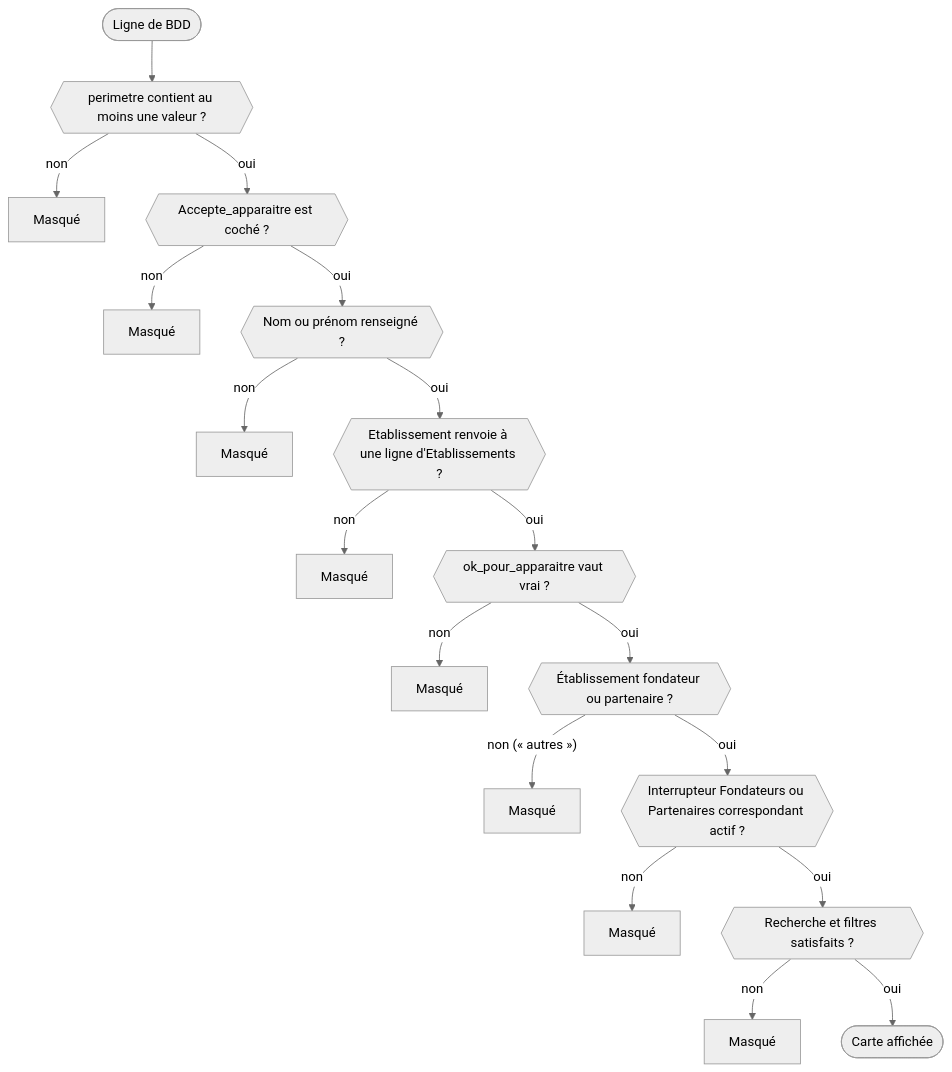
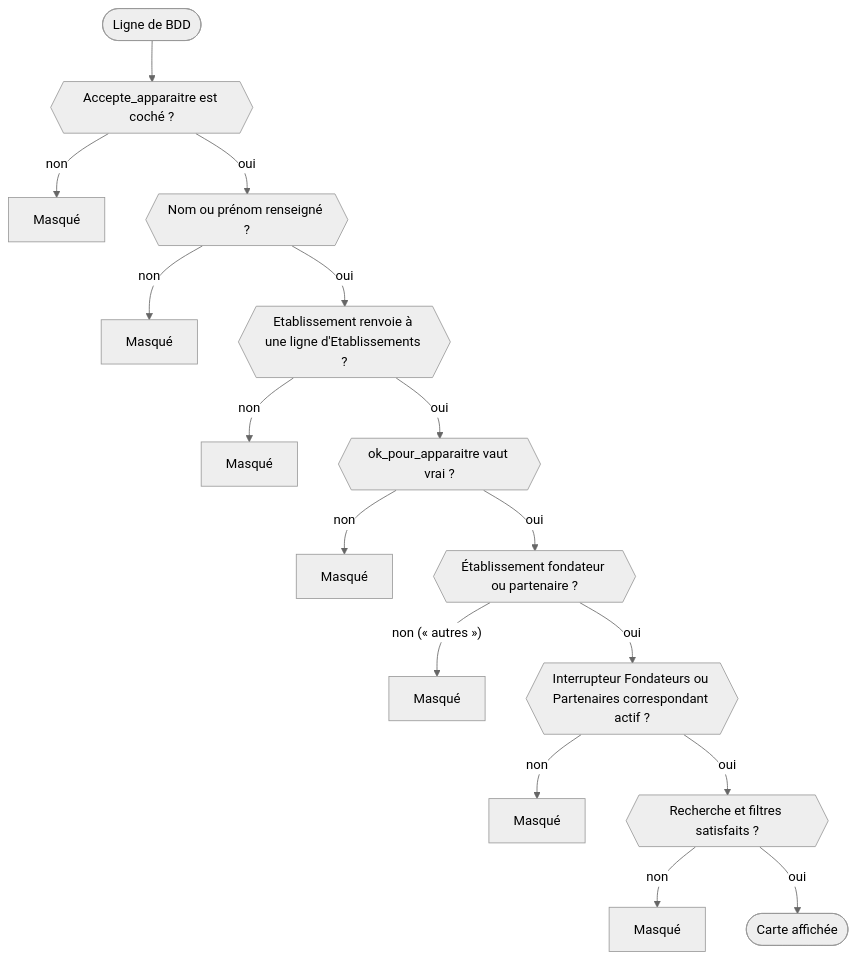
One commit to lombre33/Annuaire_PUI_Bordeaux changed the fourth of 7 diagrams in docs/developpeurs.md. Above: the diagram before and after it, drawn with Mermaid (neutral theme). The commit also changed other lines of this file and 27 other files, not shown here.

````diff
--- a/docs/developpeurs.md
+++ b/docs/developpeurs.md
@@ -314,20 +314,18 @@
 ```mermaid
 flowchart TD
-    A(["Ligne de BDD"]) --> B{{"perimetre contient au moins une valeur ?"}}
-    B -- non --> X1["Masqué"]
-    B -- oui --> P{{"Accepte_apparaitre est coché ?"}}
+    A(["Ligne de BDD"]) --> P{{"Accepte_apparaitre est coché ?"}}
     P -- non --> X2["Masqué"]
     P -- oui --> C{{"Nom ou prénom renseigné ?"}}
     C -- non --> X3["Masqué"]
     C -- oui --> D{{"Etablissement renvoie à une ligne d'Etablissements ?"}}
     D -- non --> X4["Masqué"]
     D -- oui --> E{{"ok_pour_apparaitre vaut vrai ?"}}
     E -- non --> X5["Masqué"]
     E -- oui --> F{{"Établissement fondateur ou partenaire ?"}}
     F -- "non (« autres »)" --> X6["Masqué"]
     F -- oui --> G{{"Interrupteur Fondateurs ou Partenaires correspondant actif ?"}}
     G -- non --> X7["Masqué"]
     G -- oui --> H{{"Recherche et filtres satisfaits ?"}}
     H -- non --> X8["Masqué"]
     H -- oui --> V(["Carte affichée"])
 ```
````
